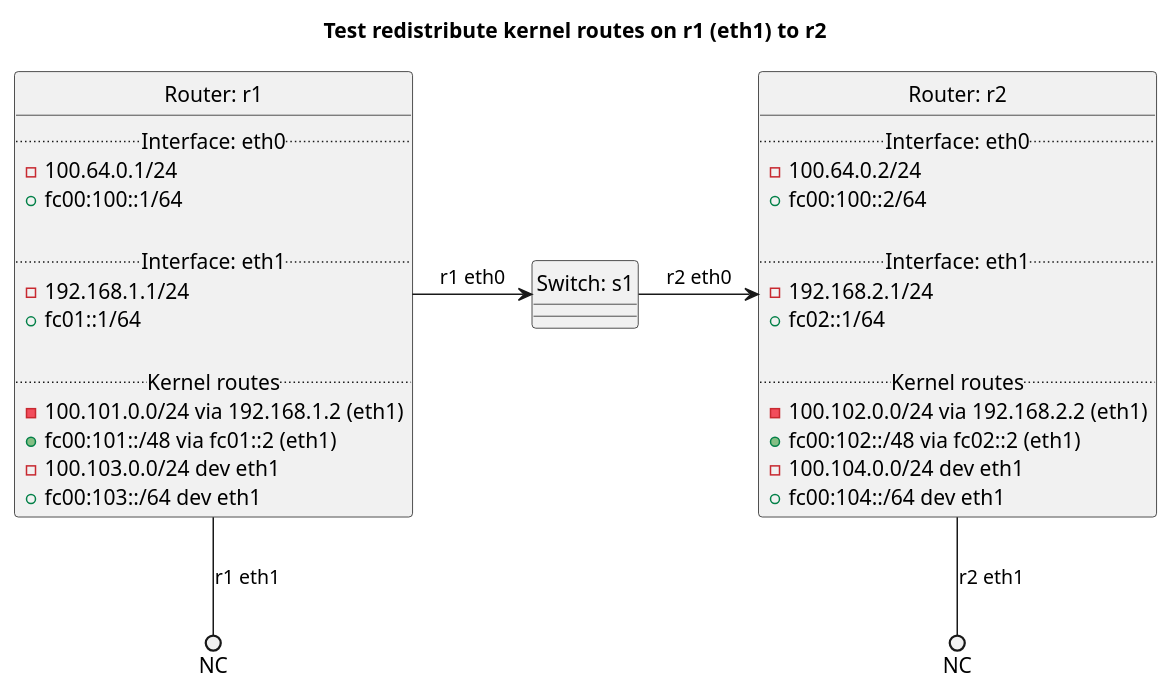
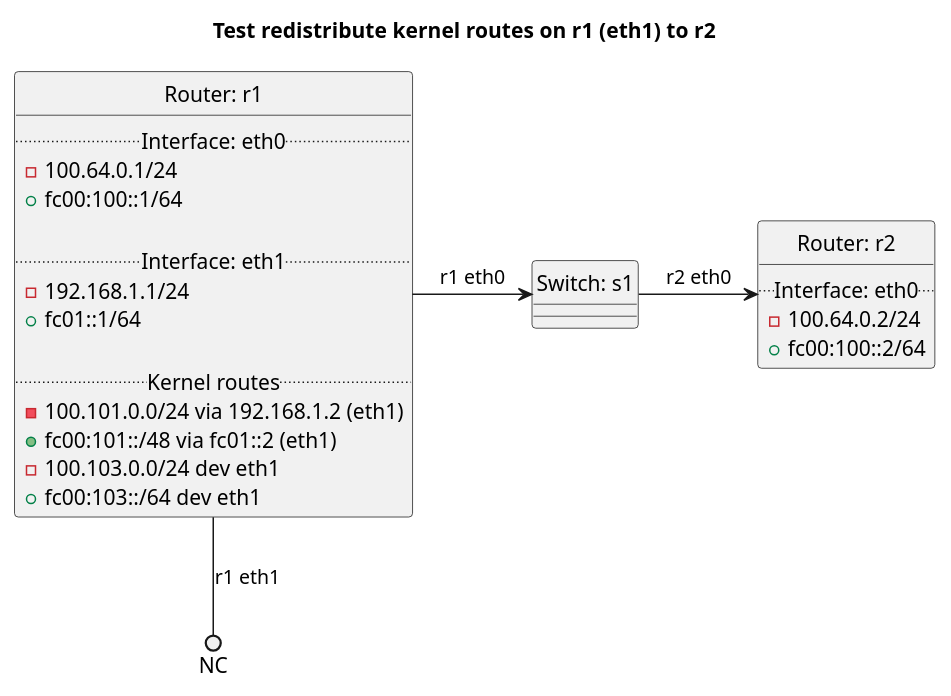
One commit to oscdev-io/birdplan changed the diagram in tests/t40_bgp/t34_redistribute_kernel/README.md. Above: the diagram before and after it, drawn with PlantUML. The commit also changed other lines of this file and 1785 other files, not shown here.

````diff
--- a/tests/t40_bgp/t34_redistribute_kernel/README.md
+++ b/tests/t40_bgp/t34_redistribute_kernel/README.md
@@ -8,50 +19,39 @@
 ```plantuml
 @startuml
 hide circle
 title Test redistribute kernel routes on r1 (eth1) to r2
 
 
 class "Router: r1" {
   .. Interface: eth0 ..
 - 100.64.0.1/24
 + fc00:100::1/64
 
   .. Interface: eth1 ..
 - 192.168.1.1/24
 + fc01::1/64
 
   .. Kernel routes ..
 - 100.101.0.0/24 via 192.168.1.2 (eth1)
 + fc00:101::/48 via fc01::2 (eth1)
 - 100.103.0.0/24 dev eth1
 + fc00:103::/64 dev eth1
 }
 
 
 class "Router: r2" {
   .. Interface: eth0 ..
 - 100.64.0.2/24
 + fc00:100::2/64
-
-  .. Interface: eth1 ..
-- 192.168.2.1/24
-+ fc02::1/64
-
-  .. Kernel routes ..
-- 100.102.0.0/24 via 192.168.2.2 (eth1)
-+ fc00:102::/48 via fc02::2 (eth1)
-- 100.104.0.0/24 dev eth1
-+ fc00:104::/64 dev eth1
 }
 
 
 class "Switch: s1" {}
 
 
 "Router: r1" -> "Switch: s1": r1 eth0
 "Switch: s1" -> "Router: r2": r2 eth0
 "Router: r1" --() NC: r1 eth1
-"Router: r2" --() NC: r2 eth1
 
 @enduml
 ```
````
